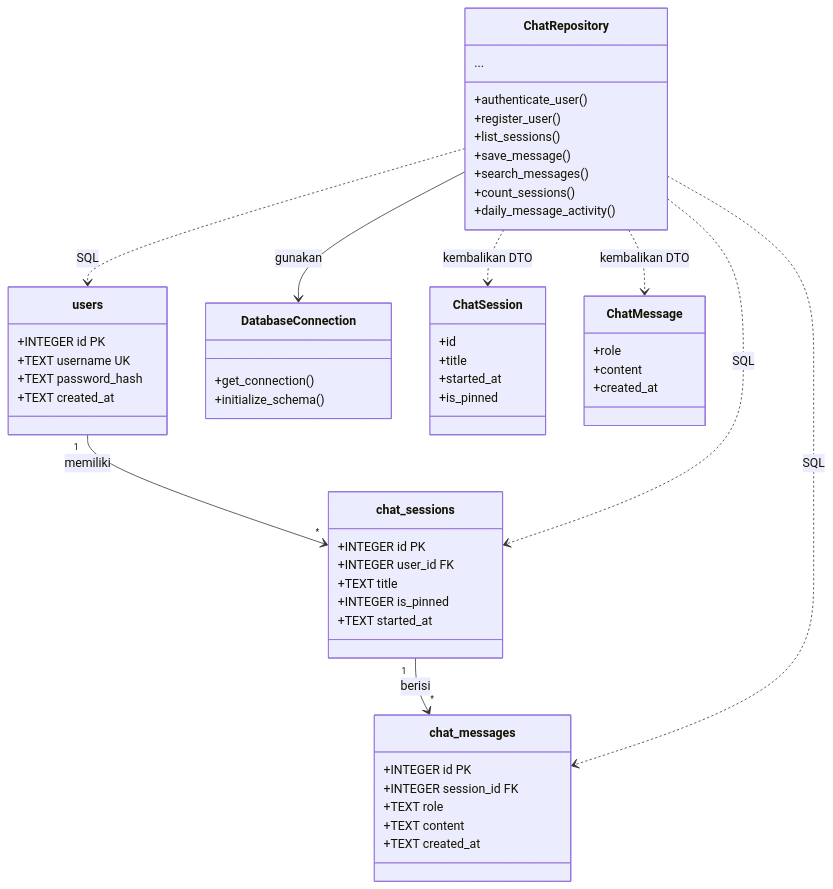
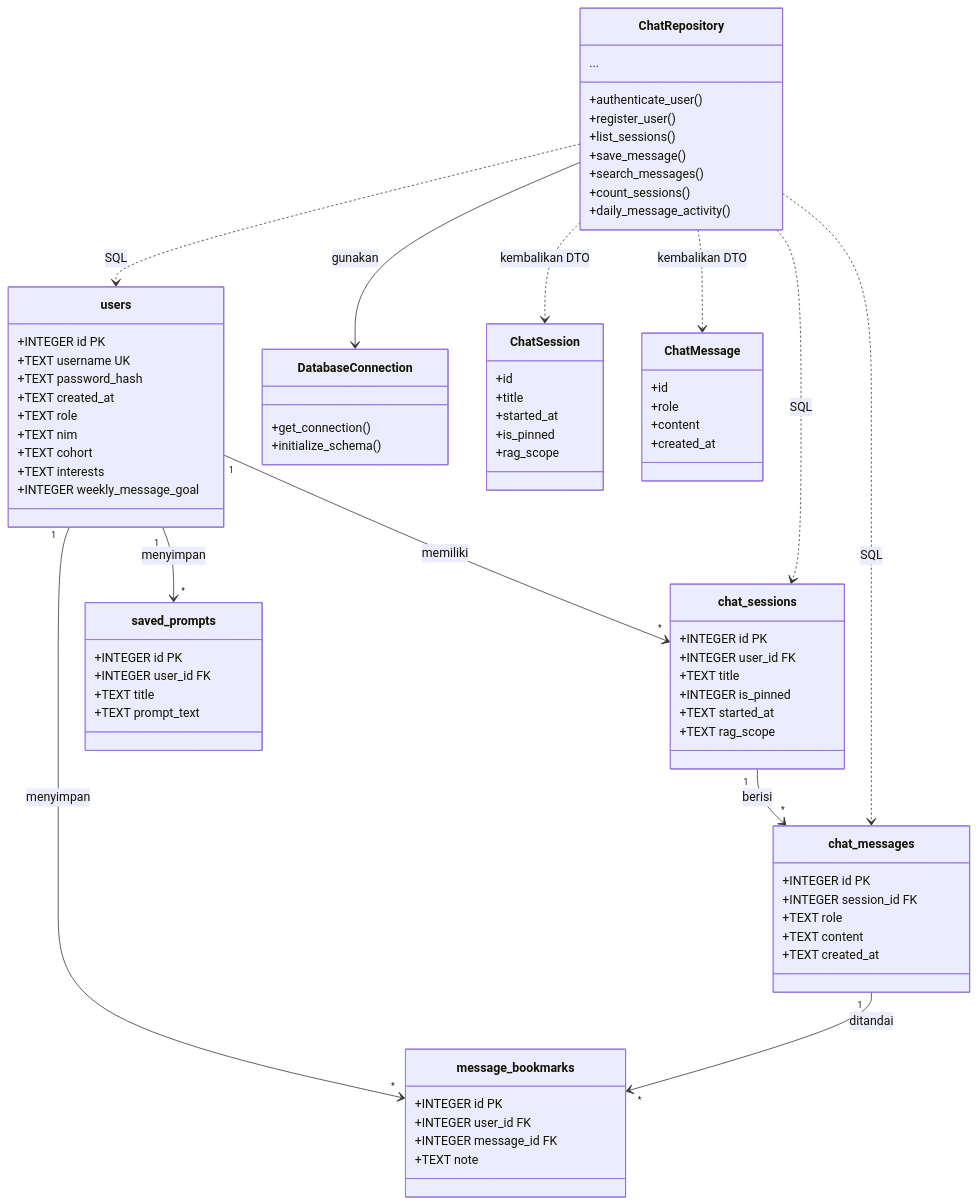
The fifth of 7 diagrams in DOKUMENTASI_SISTEM.md (noermuhmmadayub/project-ayub), drawn with Mermaid before and after one commit. The commit also changed other lines of this file and 17 other files, not shown here.

First line of the commit message:
feat: admin panel, student tools (profile, RAG filter, prompts, bookmarks, PDF upload); scripts and logging; docs sync

```diff
--- a/DOKUMENTASI_SISTEM.md
+++ b/DOKUMENTASI_SISTEM.md
@@ -157,6 +162,11 @@
     +TEXT username UK
     +TEXT password_hash
     +TEXT created_at
+    +TEXT role
+    +TEXT nim
+    +TEXT cohort
+    +TEXT interests
+    +INTEGER weekly_message_goal
   }
 
   class chat_sessions {
@@ -165,6 +175,7 @@
     +TEXT title
     +INTEGER is_pinned
     +TEXT started_at
+    +TEXT rag_scope
   }
 
   class chat_messages {
@@ -175,8 +186,25 @@
     +TEXT created_at
   }
 
+  class saved_prompts {
+    +INTEGER id PK
+    +INTEGER user_id FK
+    +TEXT title
+    +TEXT prompt_text
+  }
+
+  class message_bookmarks {
+    +INTEGER id PK
+    +INTEGER user_id FK
+    +INTEGER message_id FK
+    +TEXT note
+  }
+
   users "1" --> "*" chat_sessions : memiliki
   chat_sessions "1" --> "*" chat_messages : berisi
+  users "1" --> "*" saved_prompts : menyimpan
+  users "1" --> "*" message_bookmarks : menyimpan
+  chat_messages "1" --> "*" message_bookmarks : ditandai
 
   class ChatRepository {
     +authenticate_user()
@@ -204,9 +232,11 @@
     +title
     +started_at
     +is_pinned
+    +rag_scope
   }
 
   class ChatMessage {
+    +id
     +role
     +content
     +created_at
```
